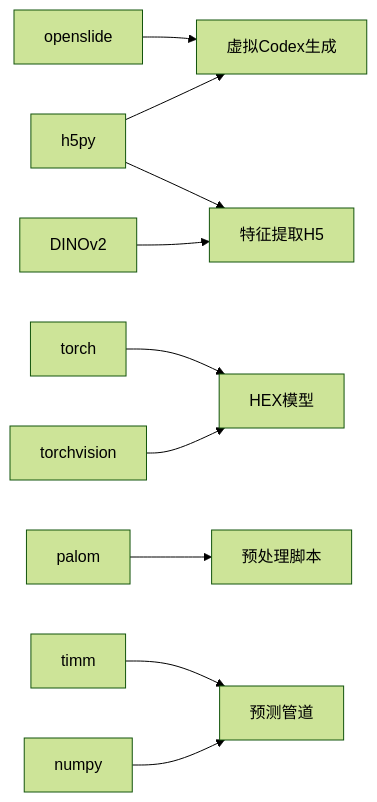
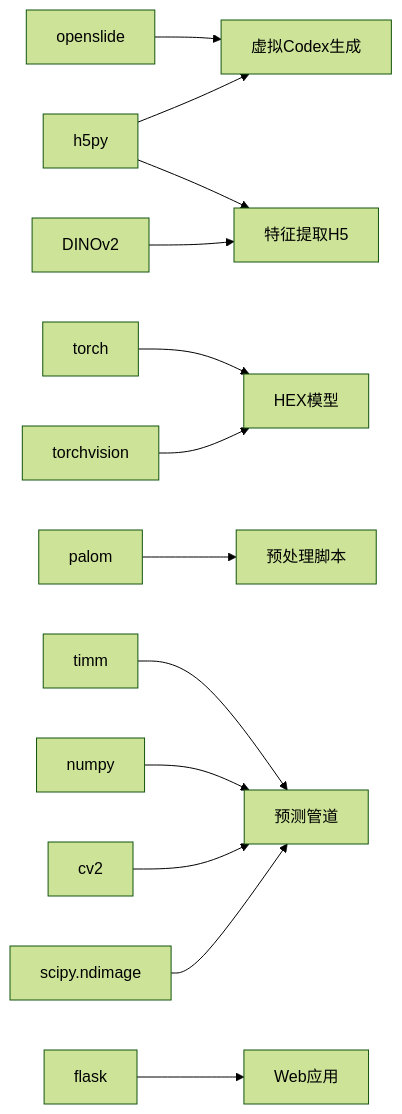
One commit to acproject/HEX changed the tenth of 10 diagrams in .qoder/repowiki/zh/content/虚拟Codex生成.md. Above: the diagram before and after it, drawn with Mermaid (forest theme). The commit also changed other lines of this file and 7 other files, not shown here.

````diff
--- a/.qoder/repowiki/zh/content/虚拟Codex生成.md
+++ b/.qoder/repowiki/zh/content/虚拟Codex生成.md
@@ -352,12 +448,15 @@
 ```mermaid
 graph LR
 openslide["openslide"] --> VCF["虚拟Codex生成"]
 h5py["h5py"] --> VCF
 h5py --> FEAT["特征提取H5"]
 torch["torch"] --> HEX["HEX模型"]
 torchvision["torchvision"] --> HEX
 dinov2["DINOv2"] --> FEAT
 palom["palom"] --> PREP["预处理脚本"]
 timm["timm"] --> PIPE["预测管道"]
 numpy["numpy"] --> PIPE
+cv2["cv2"] --> PIPE
+ndimage["scipy.ndimage"] --> PIPE
+flask["flask"] --> WEB["Web应用"]
 ```
````
